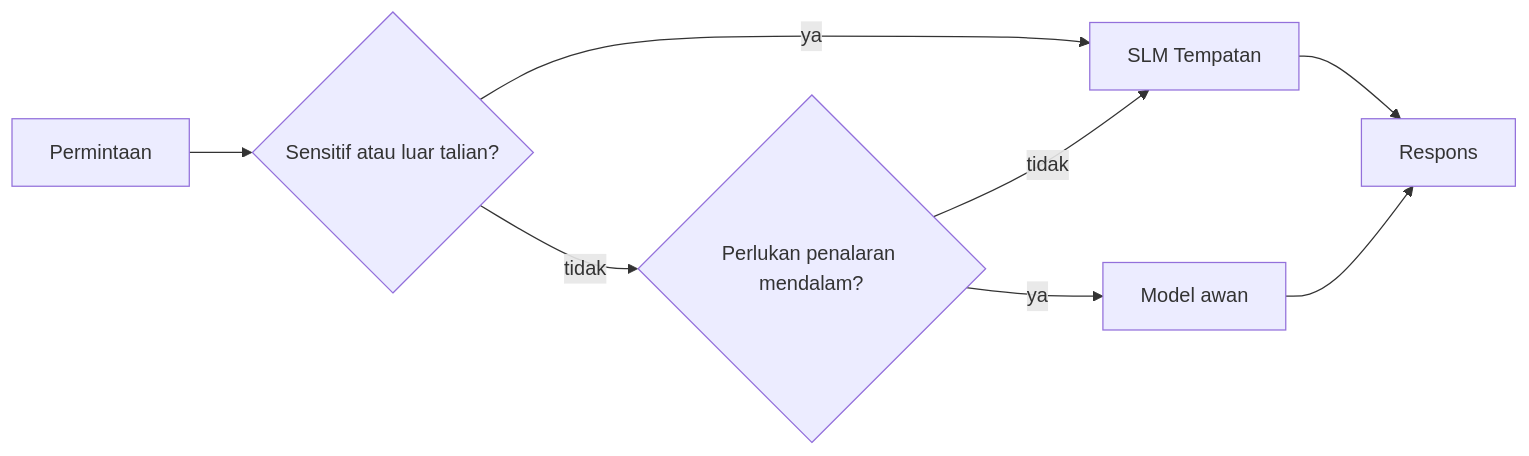
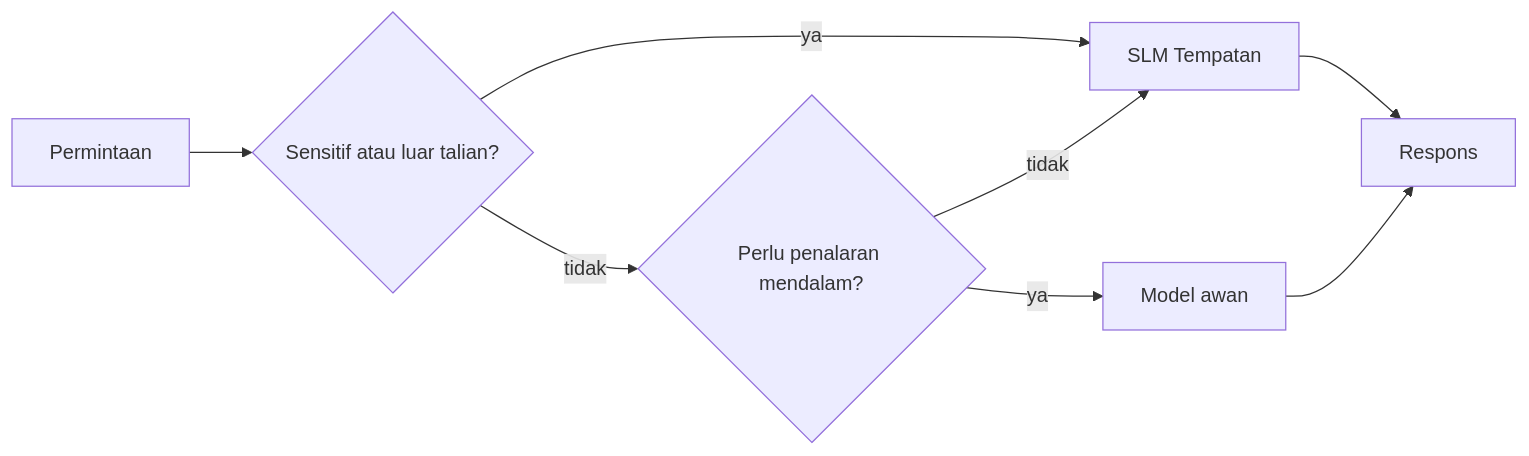
One commit to gabrielmoreira/agent-skills-mirror changed the fourth of 4 diagrams in mirrors/repos/microsoft@ai-agents-for-beginners/translations/ms/17-creating-local-ai-agents/README.md. Above: the diagram before and after it, drawn with Mermaid. The commit also changed other lines of this file and 4262 other files, not shown here.

````diff
--- a/mirrors/repos/microsoft@ai-agents-for-beginners/translations/ms/17-creating-local-ai-agents/README.md
+++ b/mirrors/repos/microsoft@ai-agents-for-beginners/translations/ms/17-creating-local-ai-agents/README.md
@@ -156,10 +156,10 @@
 ```mermaid
 flowchart LR
     Q[Permintaan] --> S{Sensitif atau luar talian?}
     S -->|ya| L[SLM Tempatan]
-    S -->|tidak| C{Perlukan penalaran mendalam?}
+    S -->|tidak| C{Perlu penalaran mendalam?}
     C -->|tidak| L
     C -->|ya| Cloud[Model awan]
     L --> Out[Respons]
     Cloud --> Out
 ```
````
